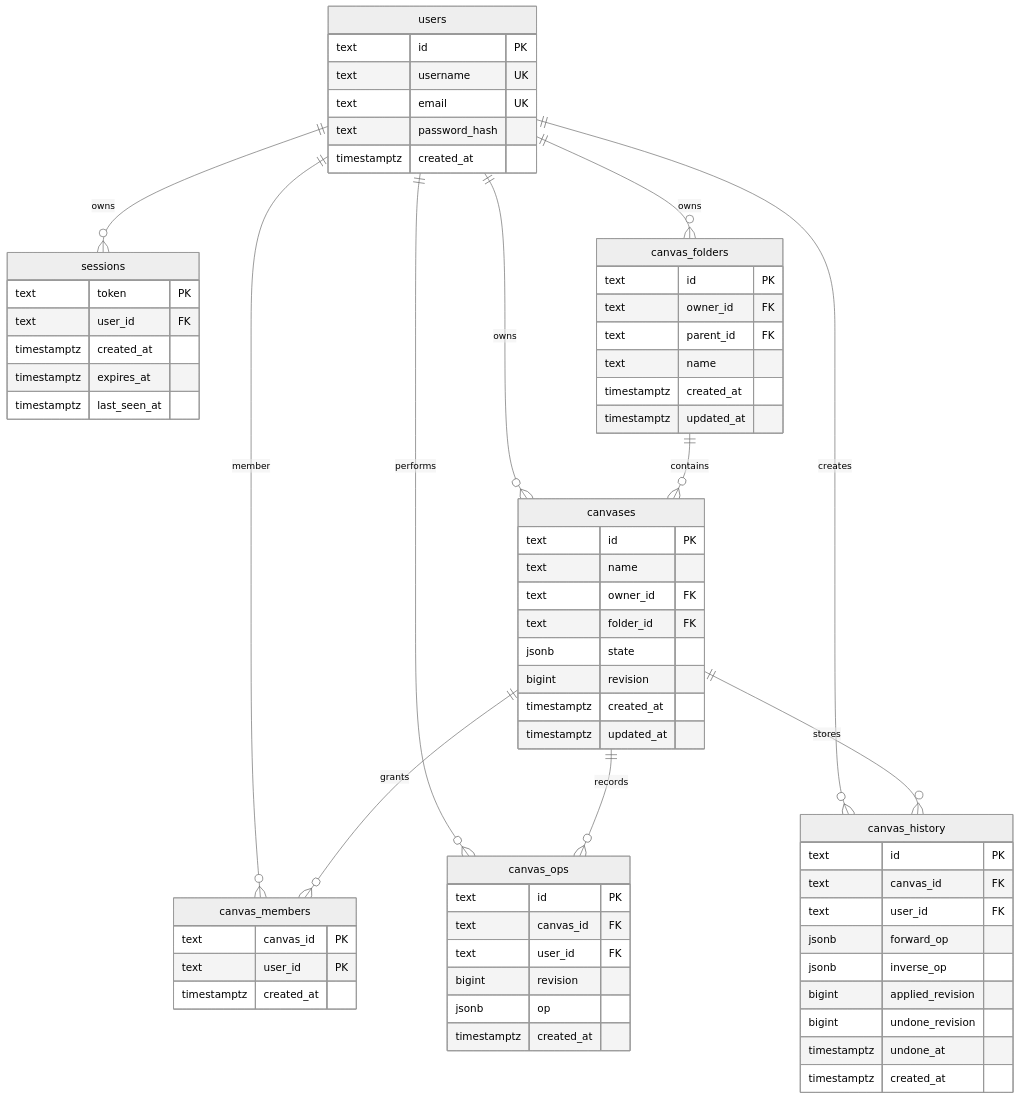
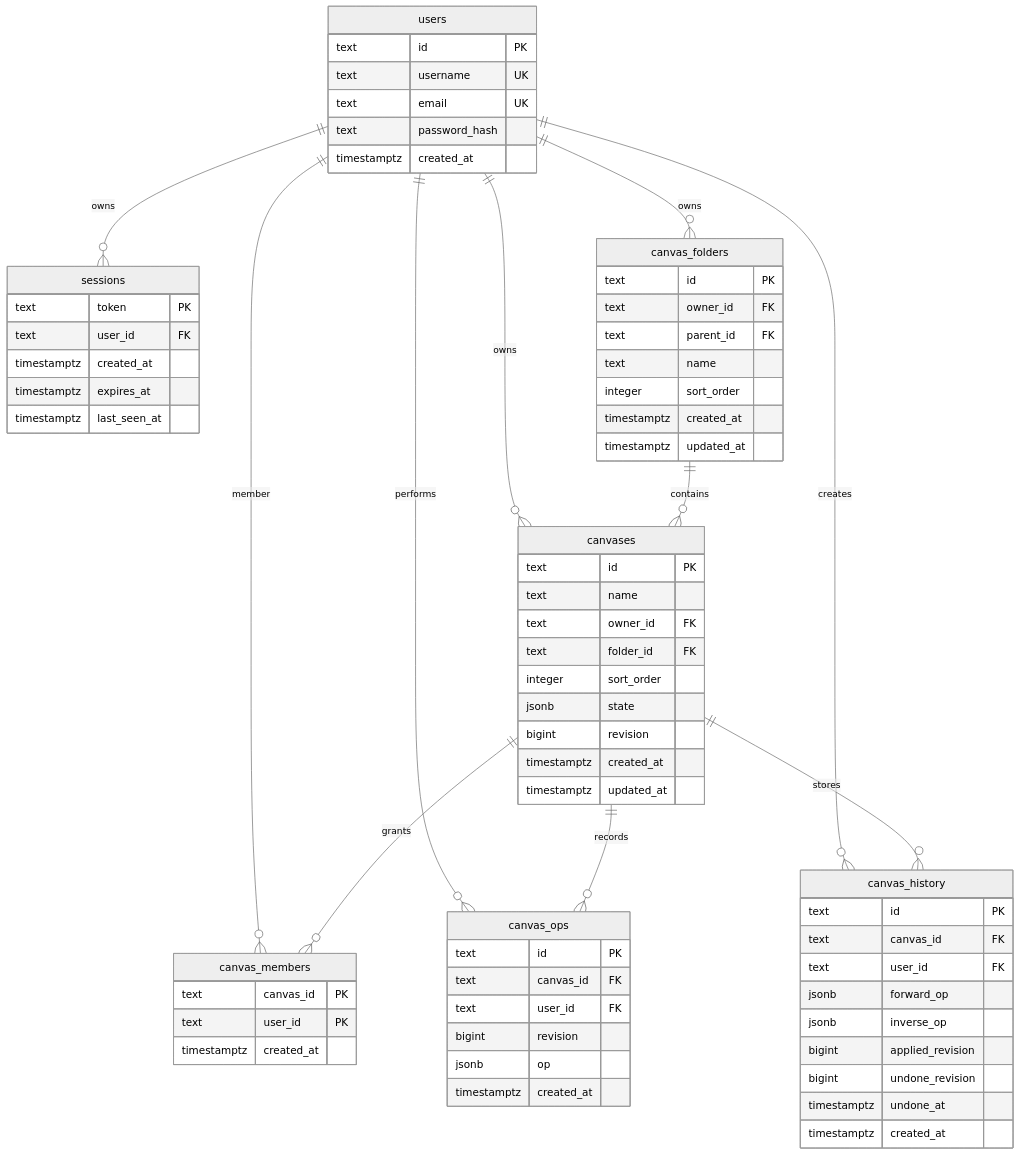
The diagram in docs/database.md (JBoss925/LiveBoard), drawn with Mermaid (neutral theme) before and after one commit. The commit also changed 5 other files, not shown here.

````diff
--- a/docs/database.md
+++ b/docs/database.md
@@ -7,76 +7,78 @@
 ```mermaid
 erDiagram
   users ||--o{ sessions : owns
   users ||--o{ canvases : owns
   users ||--o{ canvas_folders : owns
   canvas_folders ||--o{ canvases : contains
   users ||--o{ canvas_members : member
   canvases ||--o{ canvas_members : grants
   users ||--o{ canvas_ops : performs
   canvases ||--o{ canvas_ops : records
   users ||--o{ canvas_history : creates
   canvases ||--o{ canvas_history : stores
 
   users {
     text id PK
     text username UK
     text email UK
     text password_hash
     timestamptz created_at
   }
 
   sessions {
     text token PK
     text user_id FK
     timestamptz created_at
     timestamptz expires_at
     timestamptz last_seen_at
   }
 
   canvases {
     text id PK
     text name
     text owner_id FK
     text folder_id FK
+    integer sort_order
     jsonb state
     bigint revision
     timestamptz created_at
     timestamptz updated_at
   }
 
   canvas_folders {
     text id PK
     text owner_id FK
     text parent_id FK
     text name
+    integer sort_order
     timestamptz created_at
     timestamptz updated_at
   }
 
   canvas_members {
     text canvas_id PK
     text user_id PK
     timestamptz created_at
   }
 
   canvas_ops {
     text id PK
     text canvas_id FK
     text user_id FK
     bigint revision
     jsonb op
     timestamptz created_at
   }
 
   canvas_history {
     text id PK
     text canvas_id FK
     text user_id FK
     jsonb forward_op
     jsonb inverse_op
     bigint applied_revision
     bigint undone_revision
     timestamptz undone_at
     timestamptz created_at
   }
 ```
````
